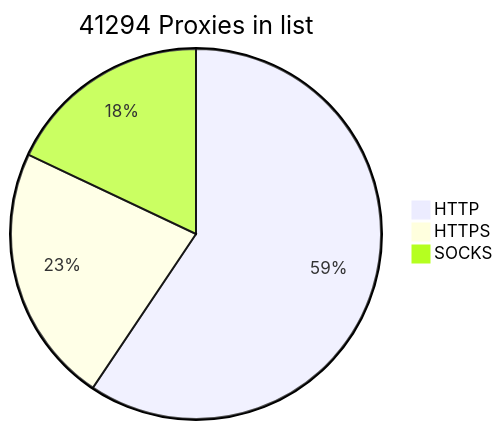
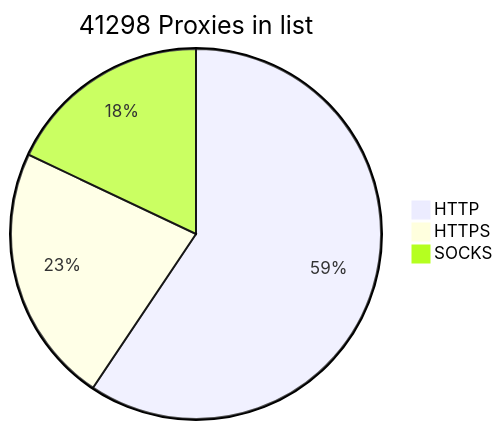
Before and after one commit to BlackSnowDot/proxylist-update-every-minute: the diagram in README.md, drawn with Mermaid. The commit also changed other lines of this file, not shown here.

````diff
--- a/README.md
+++ b/README.md
@@ -2,6 +2,6 @@
 ```mermaid
-pie title 41294 Proxies in list
-    "HTTP" : 28880
-    "HTTPS": 11007
+pie title 41298 Proxies in list
+    "HTTP" : 28886
+    "HTTPS": 11016
     "SOCKS" : 8733
 ```
````
